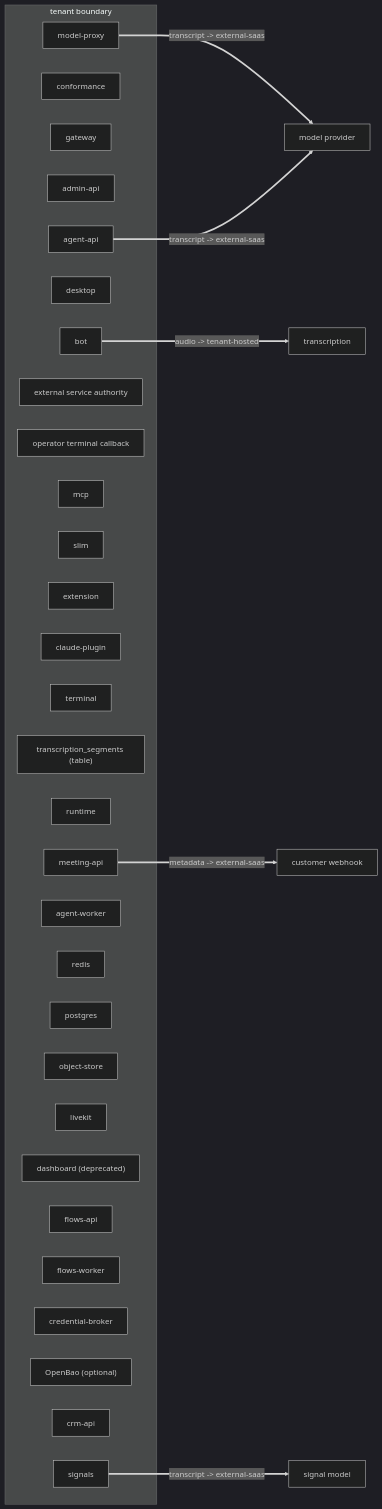
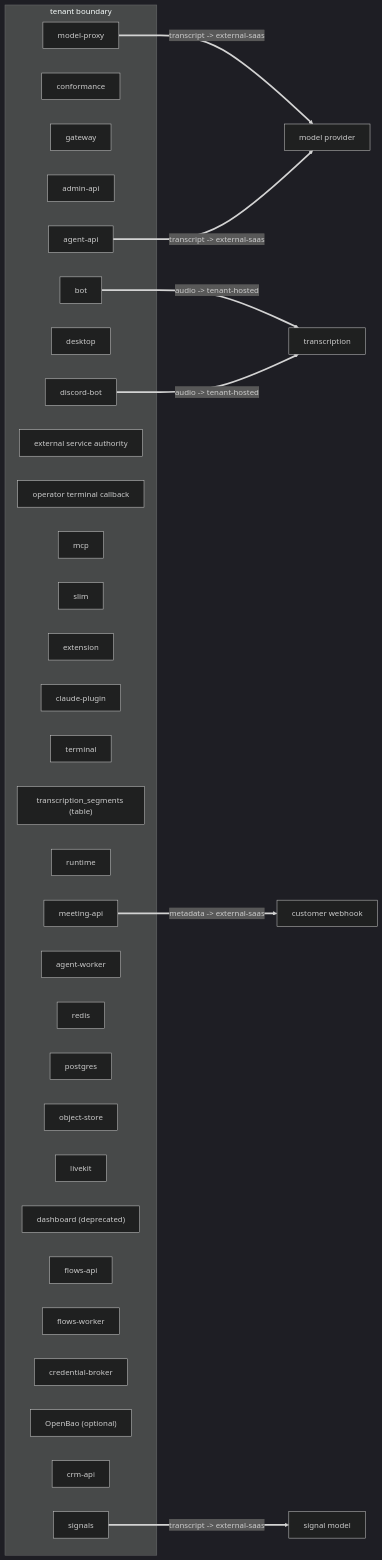
Before and after one commit to Vexa-ai/vexa: the diagram in docs/views/egress.mmd, drawn with Mermaid (dark theme). The commit also changed 20 other files, not shown here.

First line of the commit message:
fix(discord): speak 0.13's bot auth, sign transcript entries, hold the profile to the bot class

```diff
--- a/docs/views/egress.mmd
+++ b/docs/views/egress.mmd
@@ -1,42 +1,44 @@
 %% GENERATED — pnpm arch:dsl --write
 flowchart LR
   subgraph tenant["tenant boundary"]
     agent_api["agent-api"]
     conformance["conformance"]
     gateway["gateway"]
     admin_api["admin-api"]
     bot["bot"]
+    discord_bot["discord-bot"]
     desktop["desktop"]
     meeting_api["meeting-api"]
     service_authority["external service authority"]
     system_webhook["operator terminal callback"]
     mcp["mcp"]
     slim["slim"]
     extension["extension"]
     claude_plugin["claude-plugin"]
     terminal["terminal"]
     segments_table["transcription_segments (table)"]
     runtime["runtime"]
     model_proxy["model-proxy"]
     agent_worker["agent-worker"]
     redis["redis"]
     postgres["postgres"]
     object_store["object-store"]
     livekit["livekit"]
     dashboard["dashboard (deprecated)"]
     flows_api["flows-api"]
     flows_worker["flows-worker"]
     credentials_broker["credential-broker"]
     credentials_vault["OpenBao (optional)"]
     crm_api["crm-api"]
     signals_service["signals"]
   end
   transcription["transcription"]
   bot ==>|"audio -> tenant-hosted"| transcription
+  discord_bot ==>|"audio -> tenant-hosted"| transcription
   signal_model["signal model"]
   signals_service ==>|"transcript -> external-saas"| signal_model
   model_provider["model provider"]
   model_proxy ==>|"transcript -> external-saas"| model_provider
   agent_api ==>|"transcript -> external-saas"| model_provider
   customer_webhook["customer webhook"]
   meeting_api ==>|"metadata -> external-saas"| customer_webhook
```
